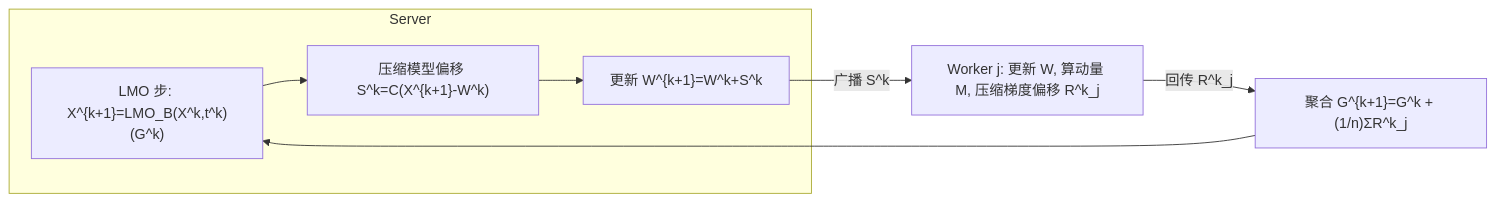
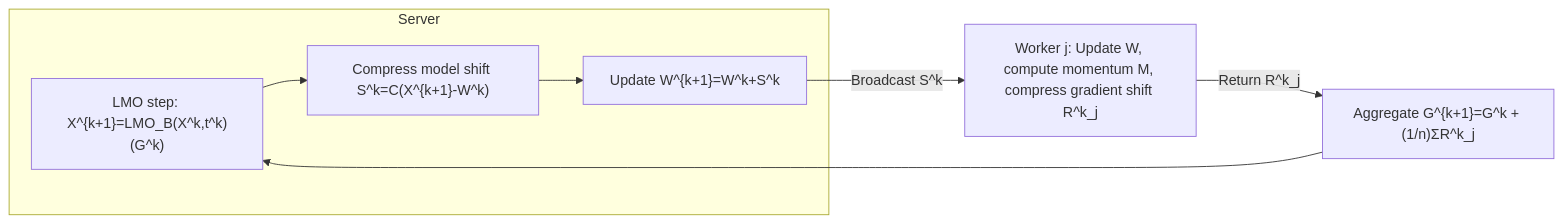
Before and after one commit to zhaoyang97/Paper-Notes-en: the diagram in docs/ICLR2026/optimization/error_feedback_for_muon_and_friends.md, drawn with Mermaid. The commit also changed 644 other files, not shown here.

````diff
--- a/docs/ICLR2026/optimization/error_feedback_for_muon_and_friends.md
+++ b/docs/ICLR2026/optimization/error_feedback_for_muon_and_friends.md
@@ -45,10 +45,10 @@
 ```mermaid
 flowchart LR
     subgraph Server
-        A["LMO 步: X^{k+1}=LMO_B(X^k,t^k)(G^k)"] --> B["压缩模型偏移 S^k=C(X^{k+1}-W^k)"]
-        B --> C["更新 W^{k+1}=W^k+S^k"]
+        A["LMO step: X^{k+1}=LMO_B(X^k,t^k)(G^k)"] --> B["Compress model shift S^k=C(X^{k+1}-W^k)"]
+        B --> C["Update W^{k+1}=W^k+S^k"]
     end
-    C -->|"广播 S^k"| W1["Worker j: 更新 W, 算动量 M, 压缩梯度偏移 R^k_j"]
-    W1 -->|"回传 R^k_j"| D["聚合 G^{k+1}=G^k + (1/n)ΣR^k_j"]
+    C -->|"Broadcast S^k"| W1["Worker j: Update W, compute momentum M, compress gradient shift R^k_j"]
+    W1 -->|"Return R^k_j"| D["Aggregate G^{k+1}=G^k + (1/n)ΣR^k_j"]
     D --> A
 ```
````
